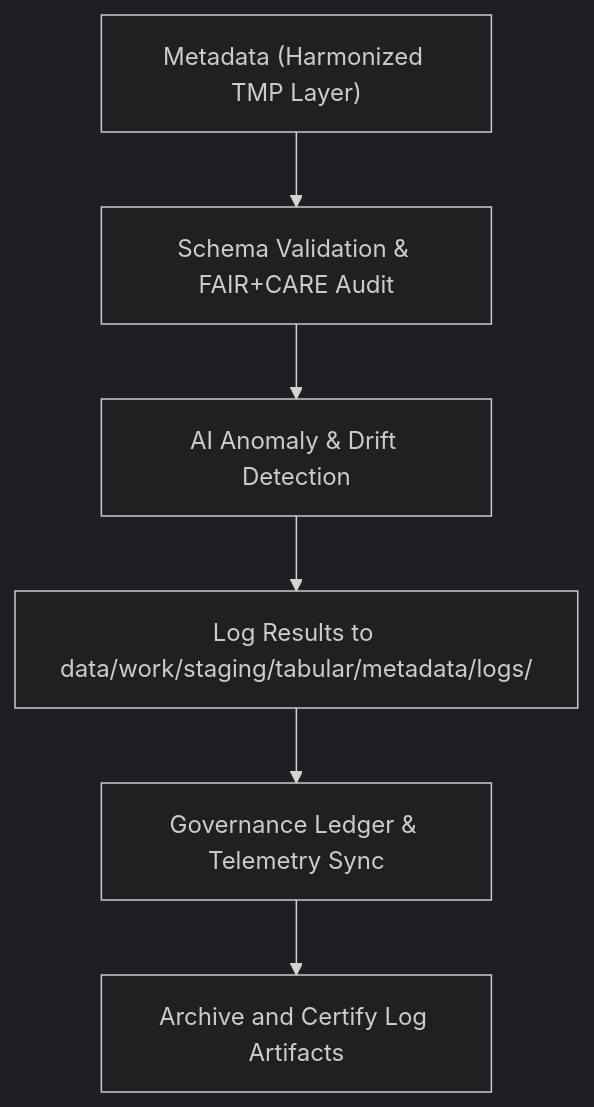
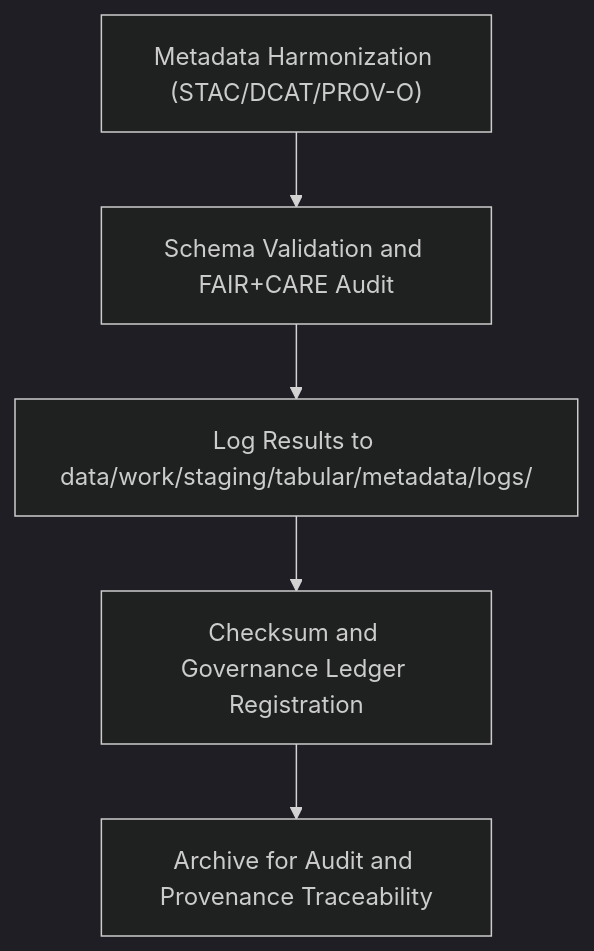
The diagram in data/work/staging/tabular/metadata/logs/README.md (bartytime4life/Kansas-Frontier-Matrix), drawn with Mermaid (dark theme) before and after one commit. The commit also changed other lines of this file, not shown here.

````diff
--- a/data/work/staging/tabular/metadata/logs/README.md
+++ b/data/work/staging/tabular/metadata/logs/README.md
@@ -69,8 +62,7 @@
 ```mermaid
 flowchart TD
-    A["Metadata (Harmonized TMP Layer)"] --> B["Schema Validation & FAIR+CARE Audit"]
-    B --> C["AI Anomaly & Drift Detection"]
-    C --> D["Log Results to data/work/staging/tabular/metadata/logs/"]
-    D --> E["Governance Ledger & Telemetry Sync"]
-    E --> F["Archive and Certify Log Artifacts"]
+    A["Metadata Harmonization (STAC/DCAT/PROV-O)"] --> B["Schema Validation and FAIR+CARE Audit"]
+    B --> C["Log Results to data/work/staging/tabular/metadata/logs/"]
+    C --> D["Checksum and Governance Ledger Registration"]
+    D --> E["Archive for Audit and Provenance Traceability"]
 ```
````
